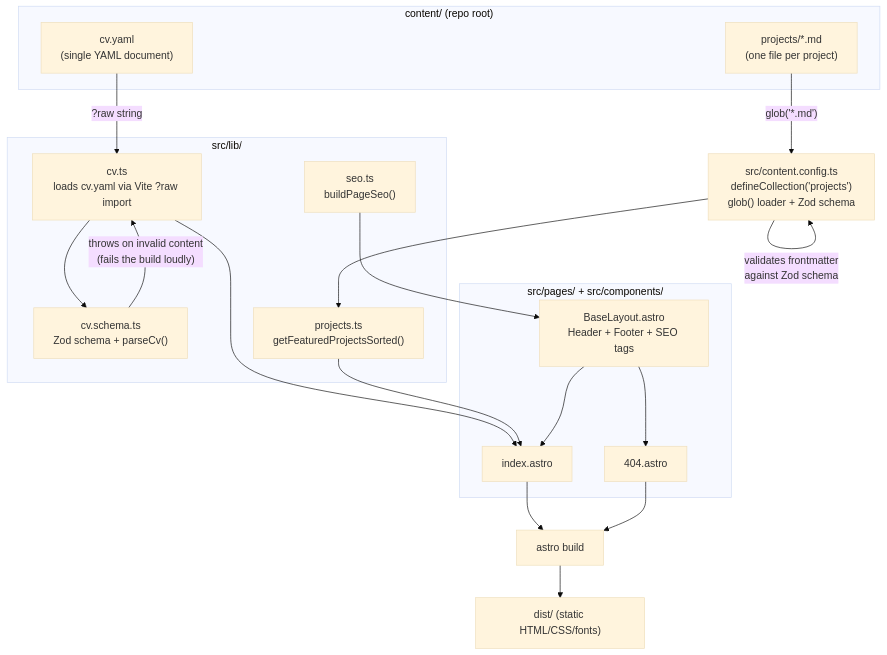
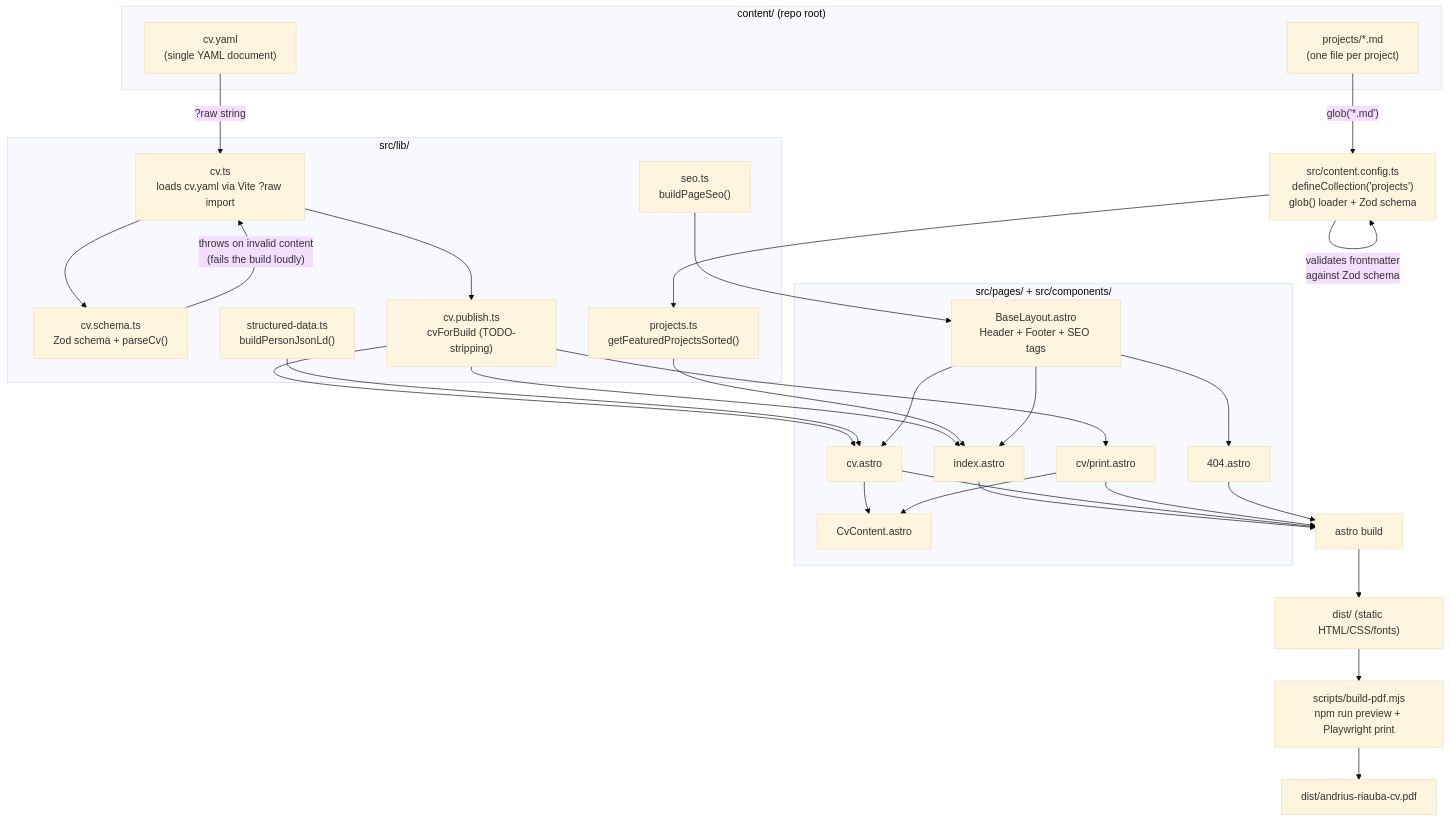
The diagram in docs/technical/index.md (asas1313/riauba-portfolio), drawn with Mermaid (base theme) before and after one commit. The commit also changed other lines of this file and 2 other files, not shown here.

First line of the commit message:
docs(002): update technical and user docs for shipped CV page and PDF

````diff
--- a/docs/technical/index.md
+++ b/docs/technical/index.md
@@ -24,43 +25,61 @@
 ```mermaid
 flowchart TD
     subgraph content["content/ (repo root)"]
         cvyaml["cv.yaml<br/>(single YAML document)"]
         projmd["projects/*.md<br/>(one file per project)"]
     end
 
     subgraph lib["src/lib/"]
         cvts["cv.ts<br/>loads cv.yaml via Vite ?raw import"]
         cvschema["cv.schema.ts<br/>Zod schema + parseCv()"]
+        cvpublishts["cv.publish.ts<br/>cvForBuild (TODO-stripping)"]
+        structureddatats["structured-data.ts<br/>buildPersonJsonLd()"]
         projectsts["projects.ts<br/>getFeaturedProjectsSorted()"]
         seots["seo.ts<br/>buildPageSeo()"]
     end
 
     contentconfig["src/content.config.ts<br/>defineCollection('projects')<br/>glob() loader + Zod schema"]
 
     subgraph pages["src/pages/ + src/components/"]
         indexastro["index.astro"]
+        cvastro["cv.astro"]
+        cvprintastro["cv/print.astro"]
+        cvcontentastro["CvContent.astro"]
         notfound["404.astro"]
         baselayout["BaseLayout.astro<br/>Header + Footer + SEO tags"]
     end
 
     astrobuild["astro build"]
     dist["dist/ (static HTML/CSS/fonts)"]
+    buildpdf["scripts/build-pdf.mjs<br/>npm run preview + Playwright print"]
+    pdf["dist/andrius-riauba-cv.pdf"]
 
     cvyaml -->|"?raw string"| cvts
     cvts --> cvschema
     cvschema -->|"throws on invalid content<br/>(fails the build loudly)"| cvts
+    cvts --> cvpublishts
 
     projmd -->|"glob('*.md')"| contentconfig
     contentconfig -->|"validates frontmatter<br/>against Zod schema"| contentconfig
 
-    cvts --> indexastro
+    cvpublishts --> indexastro
+    cvpublishts --> cvastro
+    cvpublishts --> cvprintastro
+    structureddatats --> cvastro
+    cvastro --> cvcontentastro
+    cvprintastro --> cvcontentastro
     contentconfig --> projectsts
     projectsts --> indexastro
     seots --> baselayout
     baselayout --> indexastro
+    baselayout --> cvastro
     baselayout --> notfound
 
     indexastro --> astrobuild
+    cvastro --> astrobuild
+    cvprintastro --> astrobuild
     notfound --> astrobuild
     astrobuild --> dist
+    dist --> buildpdf
+    buildpdf --> pdf
 ```
````
